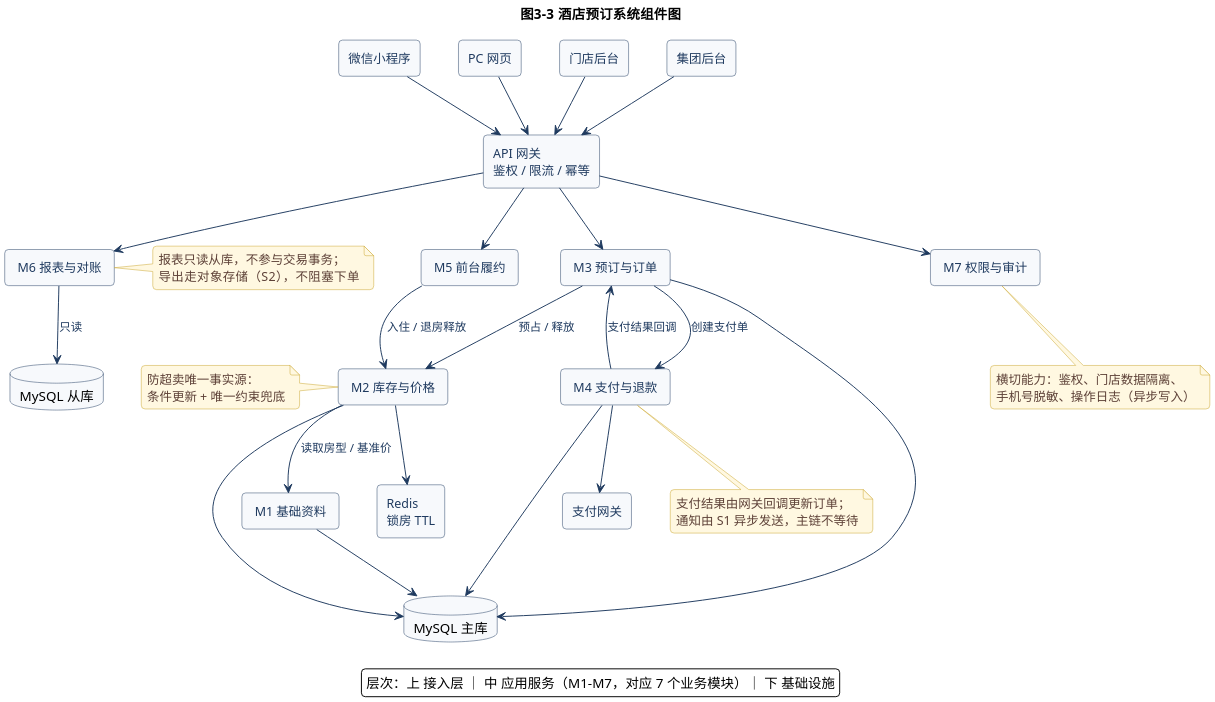
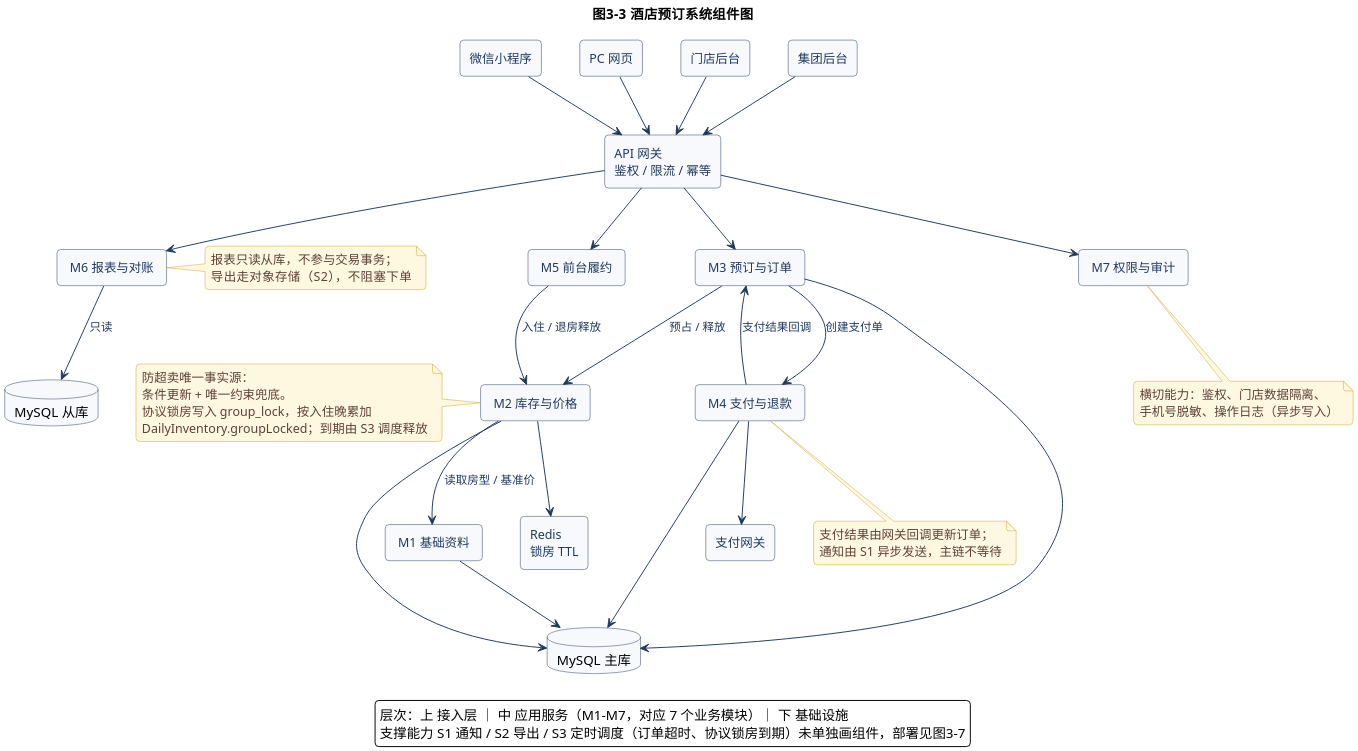
Before and after one commit to Ash-Klein/hotel-booking-system: the diagram in lab2/UML/UML组件图.puml, drawn with PlantUML. The commit also changed 12 other files, not shown here.

First line of the commit message:
fix(lab2): 统一协议锁房在各图中的口径（REQ-008）

```diff
--- a/lab2/UML/UML组件图.puml
+++ b/lab2/UML/UML组件图.puml
@@ -1,90 +1,93 @@
 @startuml UML组件图
 skinparam defaultFontName "Microsoft YaHei"
 skinparam dpi 200
 skinparam shadowing false
 skinparam backgroundColor #FFFFFF
 skinparam componentStyle rectangle
 skinparam roundCorner 8
 skinparam ArrowColor #1F3A5F
 skinparam ArrowFontColor #1F3A5F
 skinparam ArrowFontSize 12
 skinparam componentBorderColor #1F3A5F
 skinparam componentBackgroundColor #F7F9FC
 skinparam componentFontColor #1F3A5F
 skinparam componentFontSize 13
 skinparam databaseBorderColor #1F3A5F
 skinparam databaseBackgroundColor #F7F9FC
 skinparam noteBackgroundColor #FFF8E1
 skinparam noteBorderColor #C9A227
 skinparam noteFontColor #5D4037
 skinparam nodesep 40
 skinparam ranksep 60
 title 图3-3  酒店预订系统组件图
 
 [微信小程序] as MP
 [PC 网页] as WEB
 [门店后台] as STORE
 [集团后台] as HQ
 [API 网关\n鉴权 / 限流 / 幂等] as GW
 
 [ M1 基础资料 ] as M1
 [ M2 库存与价格 ] as M2
 [ M3 预订与订单 ] as M3
 [ M4 支付与退款 ] as M4
 [ M5 前台履约 ] as M5
 [ M6 报表与对账 ] as M6
 [ M7 权限与审计 ] as M7
 
 database "MySQL 主库" as DB
 database "MySQL 从库" as RO
 [Redis\n锁房 TTL] as REDIS
 [支付网关] as PAY
 
 MP --> GW
 WEB --> GW
 STORE --> GW
 HQ --> GW
 
 GW --> M3
 GW --> M5
 GW --> M6
 GW --> M7
 
 M2 --> M1 : 读取房型 / 基准价
 M3 --> M2 : 预占 / 释放
 M5 --> M2 : 入住 / 退房释放
 M3 --> M4 : 创建支付单
 M4 --> M3 : 支付结果回调
 M4 --> PAY
 M2 --> DB
 M1 --> DB
 M3 --> DB
 M4 --> DB
 M6 --> RO : 只读
 M2 --> REDIS
 
 note right of M6
   报表只读从库，不参与交易事务；
   导出走对象存储（S2），不阻塞下单
 end note
 
 note bottom of M7
   横切能力：鉴权、门店数据隔离、
   手机号脱敏、操作日志（异步写入）
 end note
 
 note bottom of M4
   支付结果由网关回调更新订单；
   通知由 S1 异步发送，主链不等待
 end note
 
 note left of M2
   防超卖唯一事实源：
-  条件更新 + 唯一约束兜底
+  条件更新 + 唯一约束兜底。
+  协议锁房写入 group_lock，按入住晚累加
+  DailyInventory.groupLocked；到期由 S3 调度释放
 end note
 
 legend bottom
   层次：上 接入层 ｜ 中 应用服务（M1–M7，对应 7 个业务模块）｜ 下 基础设施
+  支撑能力 S1 通知 / S2 导出 / S3 定时调度（订单超时、协议锁房到期）未单独画组件，部署见图3-7
 endlegend
 
 @enduml
```
